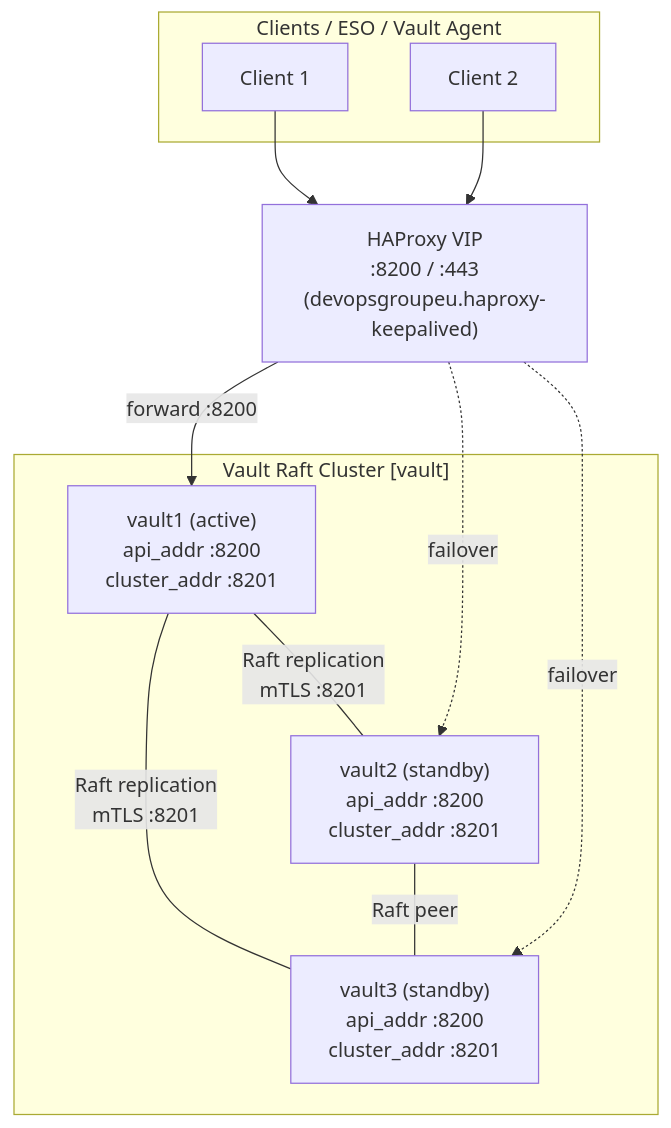
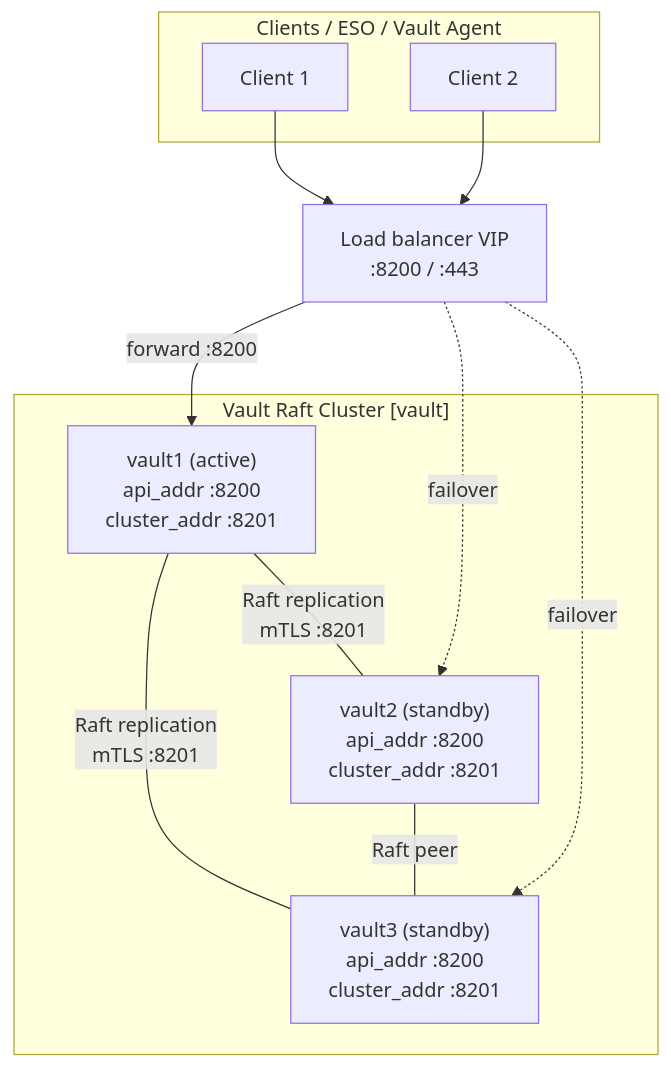
The first of 2 diagrams in docs/ARCHITECTURE.md (devopsgroupeu/ansible-role-hashicorp-vault), drawn with Mermaid before and after one commit. The commit also changed other lines of this file and 4 other files, not shown here.

````diff
--- a/docs/ARCHITECTURE.md
+++ b/docs/ARCHITECTURE.md
@@ -15,24 +15,24 @@
 ```mermaid
 flowchart TD
     subgraph clients["Clients / ESO / Vault Agent"]
         C1[Client 1]
         C2[Client 2]
     end
 
-    LB["HAProxy VIP\n:8200 / :443\n(devopsgroupeu.haproxy-keepalived)"]
+    LB["Load balancer VIP\n:8200 / :443"]
 
     subgraph vault_cluster["Vault Raft Cluster  [vault]"]
         V1["vault1 (active)\napi_addr :8200\ncluster_addr :8201"]
         V2["vault2 (standby)\napi_addr :8200\ncluster_addr :8201"]
         V3["vault3 (standby)\napi_addr :8200\ncluster_addr :8201"]
         V1 -- "Raft replication\nmTLS :8201" --- V2
         V1 -- "Raft replication\nmTLS :8201" --- V3
         V2 -- "Raft peer" --- V3
     end
 
     C1 --> LB
     C2 --> LB
     LB -->|"forward :8200"| V1
     LB -.->|"failover"| V2
     LB -.->|"failover"| V3
 ```
````
